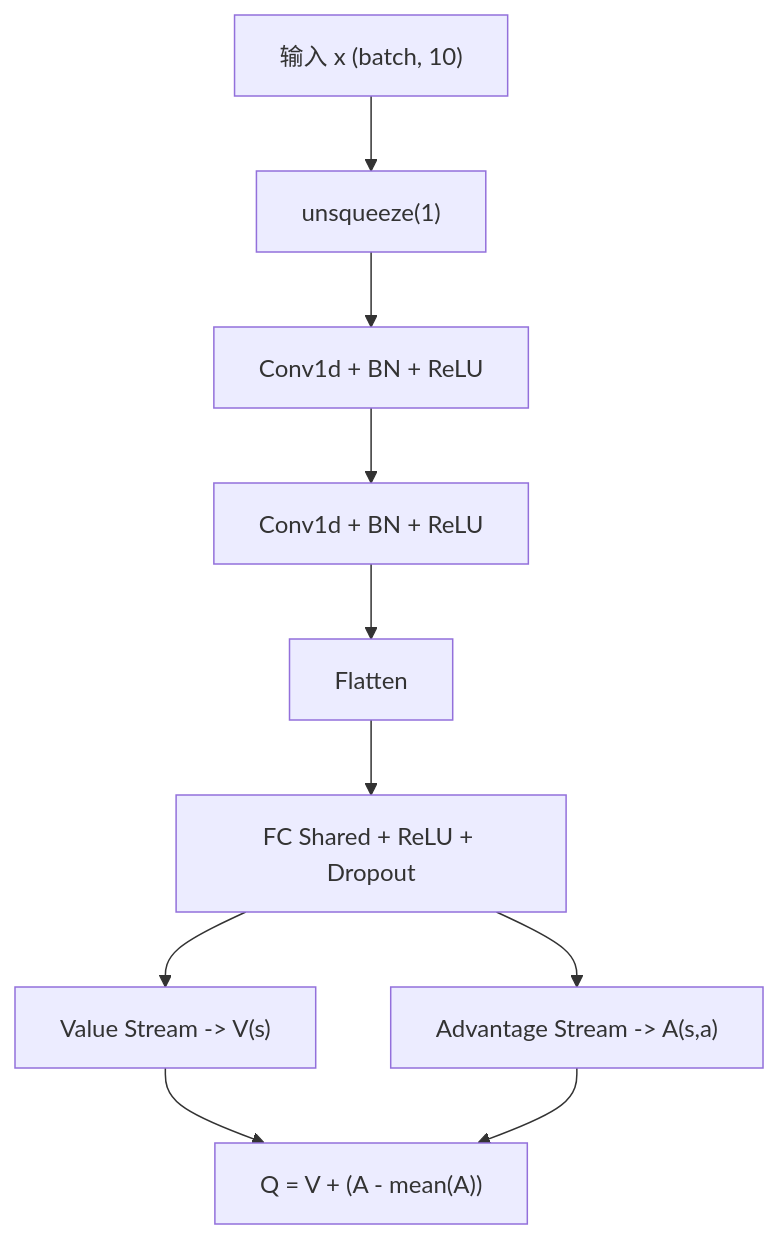
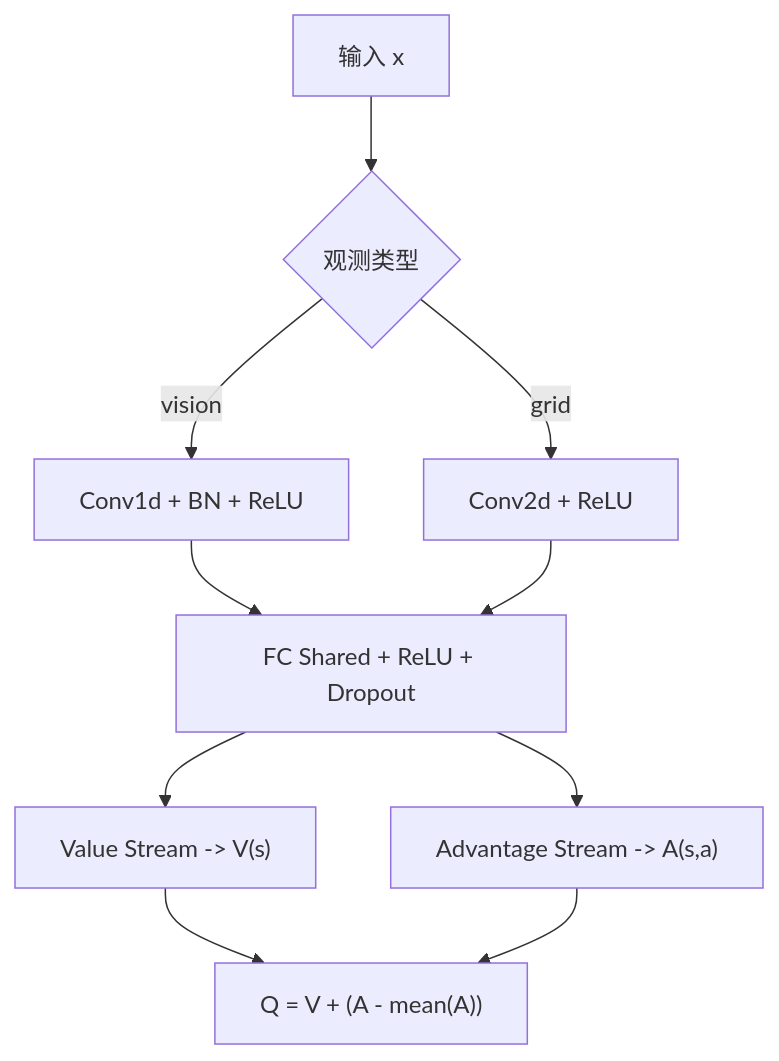
The fifth of 8 diagrams in .qoder/repowiki/zh/content/训练系统.md (fuweiq94-cloud/3399180760000), drawn with Mermaid before and after one commit. The commit also changed other lines of this file and 75 other files, not shown here.

````diff
--- a/.qoder/repowiki/zh/content/训练系统.md
+++ b/.qoder/repowiki/zh/content/训练系统.md
@@ -254,12 +268,12 @@
 ```mermaid
 flowchart TD
-X["输入 x (batch, 10)"] --> U["unsqueeze(1)"]
-U --> Conv1["Conv1d + BN + ReLU"]
-Conv1 --> Conv2["Conv1d + BN + ReLU"]
-Conv2 --> Flatten["Flatten"]
-Flatten --> Shared["FC Shared + ReLU + Dropout"]
+X["输入 x"] --> Type{"观测类型"}
+Type --> |vision| Conv1["Conv1d + BN + ReLU"]
+Type --> |grid| Conv2["Conv2d + ReLU"]
+Conv1 --> Shared["FC Shared + ReLU + Dropout"]
+Conv2 --> Shared
 Shared --> V["Value Stream -> V(s)"]
 Shared --> A["Advantage Stream -> A(s,a)"]
 V --> Q["Q = V + (A - mean(A))"]
 A --> Q
 ```
````
